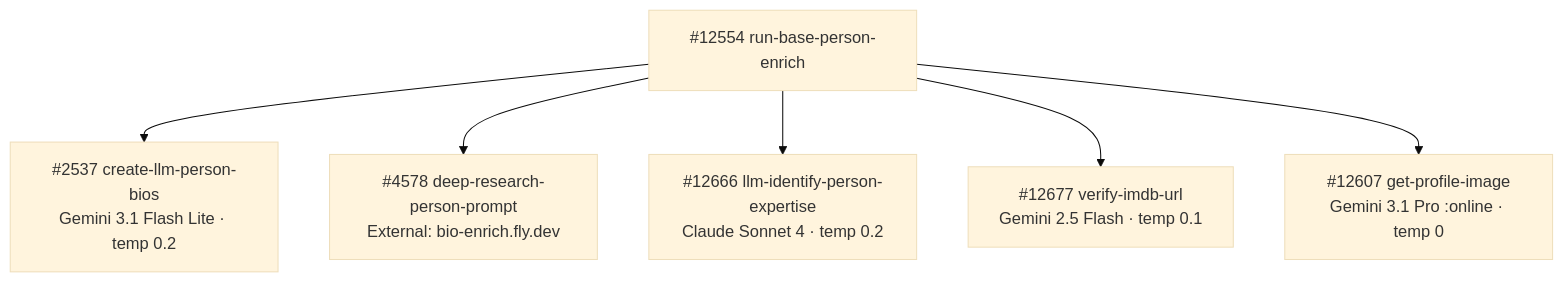
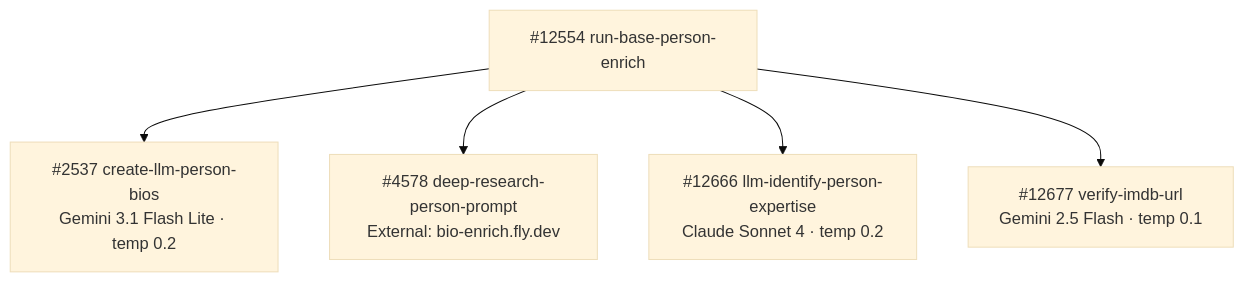
The diagram in guides/enrichment/person-pipeline/model-summary.mdx (M-Pederson/docs), drawn with Mermaid (base theme) before and after one commit. The commit also changed other lines of this file and 13 other files, not shown here.

````diff
--- a/guides/enrichment/person-pipeline/model-summary.mdx
+++ b/guides/enrichment/person-pipeline/model-summary.mdx
@@ -79,8 +65,7 @@
 ```mermaid
 graph TD
     A["#12554 run-base-person-enrich"] --> B["#2537 create-llm-person-bios<br/>Gemini 3.1 Flash Lite · temp 0.2"]
     A --> C["#4578 deep-research-person-prompt<br/>External: bio-enrich.fly.dev"]
     A --> D["#12666 llm-identify-person-expertise<br/>Claude Sonnet 4 · temp 0.2"]
     A --> E["#12677 verify-imdb-url<br/>Gemini 2.5 Flash · temp 0.1"]
-    A --> F["#12607 get-profile-image<br/>Gemini 3.1 Pro :online · temp 0"]
 ```
````
